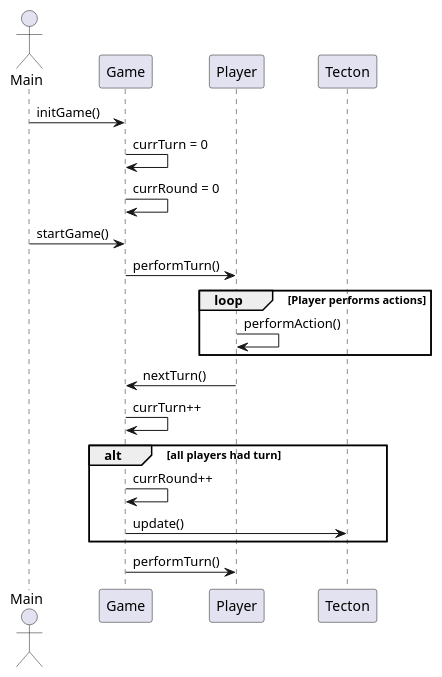
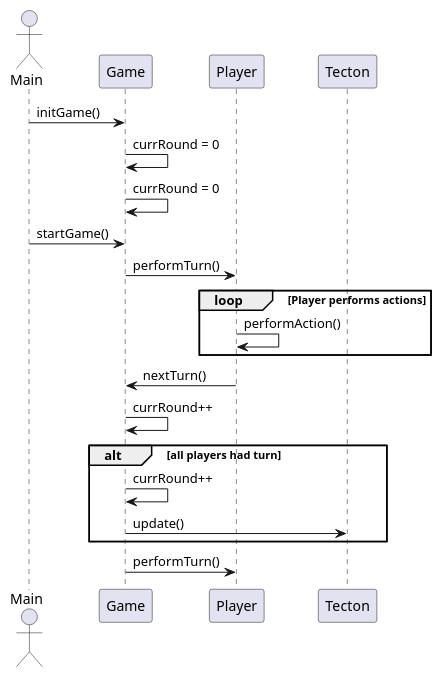
The diagram in docs/Sequence/Korkezeles.puml (hujberhunor/SzomiSztegoProjlab), drawn with PlantUML before and after one commit. The commit also changed 5 other files, not shown here.

Commit message:
A currTurn és totalTurns változók átnevezése minden file-ban.

```diff
--- a/docs/Sequence/Korkezeles.puml
+++ b/docs/Sequence/Korkezeles.puml
@@ -1,28 +1,28 @@
 @startuml
 
 actor Main
 participant Game
 participant Player
 participant Tecton
 
 Main -> Game : initGame()
-Game -> Game : currTurn = 0
+Game -> Game : currRound = 0
 Game -> Game : currRound = 0
 
 Main -> Game : startGame()
 Game -> Player : performTurn()
 
 loop Player performs actions
     Player -> Player : performAction()
 end
 
 Player -> Game : nextTurn()
-Game -> Game : currTurn++
+Game -> Game : currRound++
 
 alt all players had turn
     Game -> Game : currRound++
     Game -> Tecton : update()
 end
 
 Game -> Player : performTurn()
 @enduml
```
